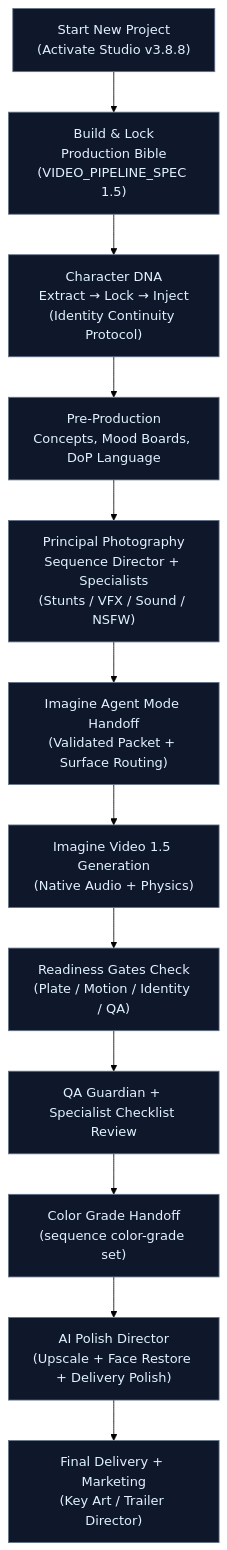
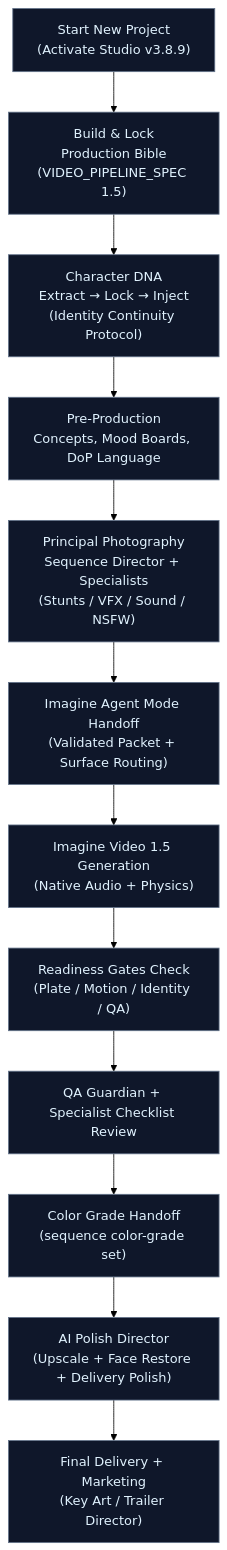
Before and after one commit to FineComputer14451/Grok-Imagine-Cinematic-Studio: the second of 2 diagrams in README.md, drawn with Mermaid (forest theme). The commit also changed other lines of this file and 42 other files, not shown here.

````diff
--- a/README.md
+++ b/README.md
@@ -138,17 +135,17 @@
 ```mermaid
 flowchart TD
-    Start["Start New Project<br/>(Activate Studio v3.8.8)"] --> Bible["Build & Lock<br/>Production Bible<br/>(VIDEO_PIPELINE_SPEC 1.5)"]
+    Start["Start New Project<br/>(Activate Studio v3.8.9)"] --> Bible["Build & Lock<br/>Production Bible<br/>(VIDEO_PIPELINE_SPEC 1.5)"]
     Bible --> DNA["Character DNA<br/>Extract → Lock → Inject<br/>(Identity Continuity Protocol)"]
     DNA --> PreProd["Pre-Production<br/>Concepts, Mood Boards, DoP Language"]
     PreProd --> Principal["Principal Photography<br/>Sequence Director + Specialists<br/>(Stunts / VFX / Sound / NSFW)"]
     Principal --> Handoff["Imagine Agent Mode Handoff<br/>(Validated Packet + Surface Routing)"]
     Handoff --> Generate["Imagine Video 1.5 Generation<br/>(Native Audio + Physics)"]
     Generate --> Gates["Readiness Gates Check<br/>(Plate / Motion / Identity / QA)"]
     Gates --> Review["QA Guardian + Specialist Checklist Review"]
     Review --> Color["Color Grade Handoff<br/>(sequence color-grade set)"]
     Color --> Polish["AI Polish Director<br/>(Upscale + Face Restore + Delivery Polish)"]
     Polish --> Deliver["Final Delivery + Marketing<br/>(Key Art / Trailer Director)"]
 
     classDef step fill:#0f172a,stroke:#64748b,color:#e0f2fe
     class Start,Bible,DNA,PreProd,Principal,Handoff,Generate,Gates,Review,Color,Polish,Deliver step
 ```
````
